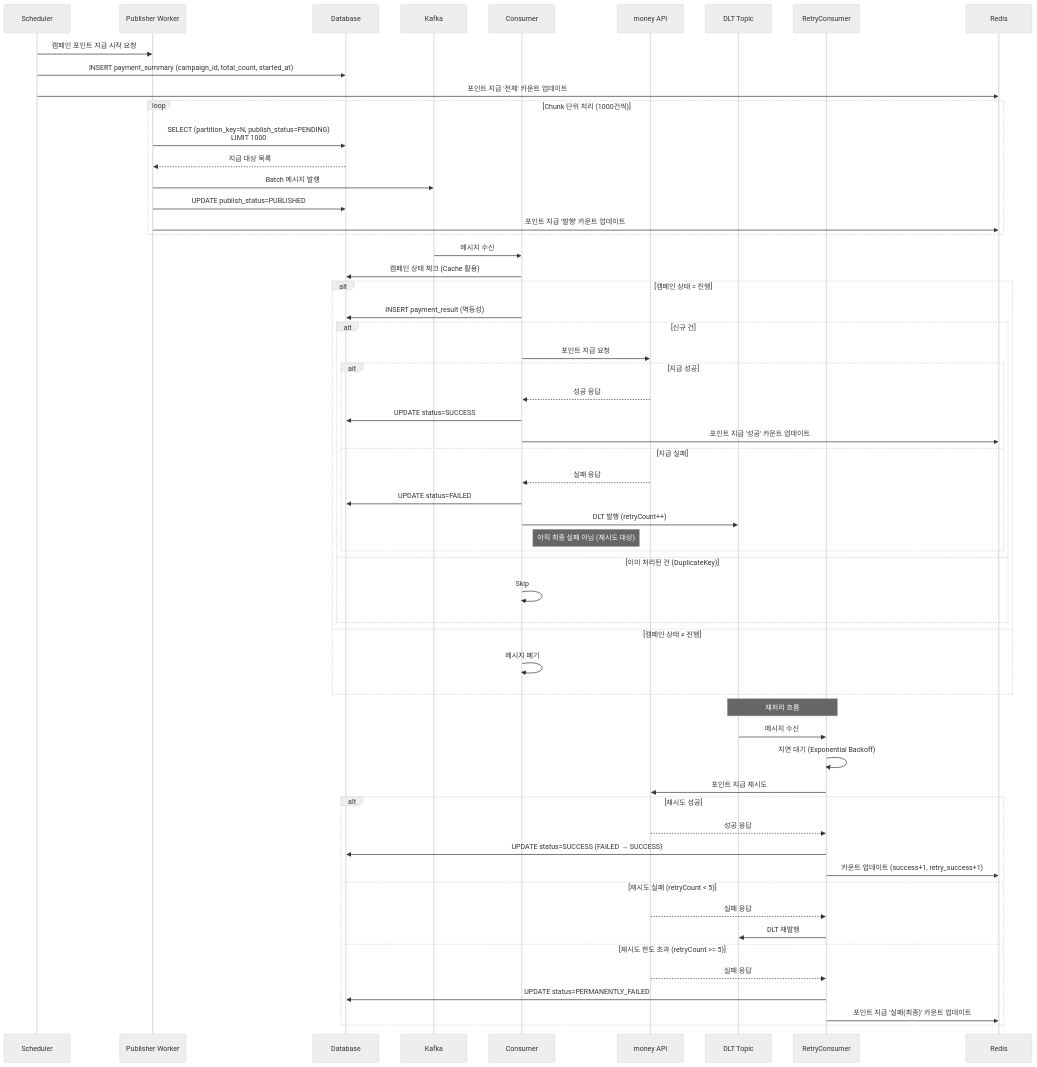
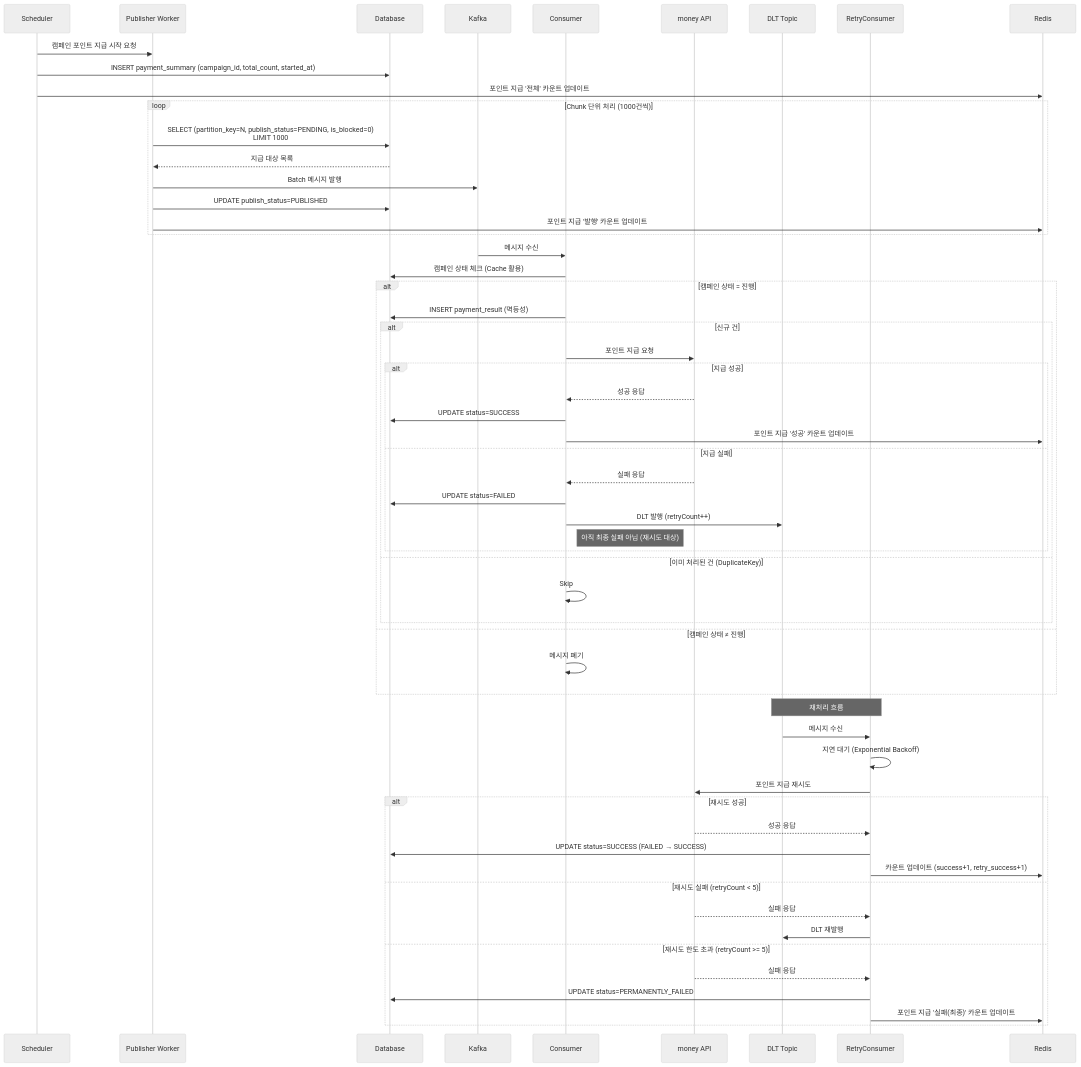
One commit to JiYoonKimjimmy/obsidian-vault changed the second of 8 diagrams in 1. Project/2026_MP_대량 포인트 지급 시스템/02_Architecture.md. Above: the diagram before and after it, drawn with Mermaid (neutral theme). The commit also changed other lines of this file and 1 other file, not shown here.

````diff
--- a/1. Project/2026_MP_대량 포인트 지급 시스템/02_Architecture.md
+++ b/1. Project/2026_MP_대량 포인트 지급 시스템/02_Architecture.md
@@ -112,65 +112,65 @@
 ```mermaid
 sequenceDiagram
     participant S as Scheduler
     participant P as Publisher Worker
     participant DB as Database
     participant K as Kafka
     participant C as Consumer
     participant M as money API
     participant DLT as DLT Topic
     participant RC as RetryConsumer
     participant R as Redis
 
     S->>P: 캠페인 포인트 지급 시작 요청
     S->>DB: INSERT payment_summary (campaign_id, total_count, started_at)
     S->>R: 포인트 지급 '전체' 카운트 업데이트
     
     loop Chunk 단위 처리 (1000건씩)
-        P->>DB: SELECT (partition_key=N, publish_status=PENDING)<br/>LIMIT 1000
+        P->>DB: SELECT (partition_key=N, publish_status=PENDING, is_blocked=0)<br/>LIMIT 1000
         DB-->>P: 지급 대상 목록
         P->>K: Batch 메시지 발행
         P->>DB: UPDATE publish_status=PUBLISHED
         P->>R: 포인트 지급 '발행' 카운트 업데이트
     end
     
     K->>C: 메시지 수신
     C->>DB: 캠페인 상태 체크 (Cache 활용)
     
     alt 캠페인 상태 = 진행
         C->>DB: INSERT payment_result (멱등성)
         alt 신규 건
             C->>M: 포인트 지급 요청
             alt 지급 성공
                 M-->>C: 성공 응답
                 C->>DB: UPDATE status=SUCCESS
                 C->>R: 포인트 지급 '성공' 카운트 업데이트
             else 지급 실패
                 M-->>C: 실패 응답
                 C->>DB: UPDATE status=FAILED
                 C->>DLT: DLT 발행 (retryCount++)
                 Note right of C: 아직 최종 실패 아님 (재시도 대상)
             end
         else 이미 처리된 건 (DuplicateKey)
             C->>C: Skip
         end
     else 캠페인 상태 ≠ 진행
         C->>C: 메시지 폐기
     end
     
     Note over DLT,RC: 재처리 흐름
     DLT->>RC: 메시지 수신
     RC->>RC: 지연 대기 (Exponential Backoff)
     RC->>M: 포인트 지급 재시도
     alt 재시도 성공
         M-->>RC: 성공 응답
         RC->>DB: UPDATE status=SUCCESS (FAILED → SUCCESS)
         RC->>R: 카운트 업데이트 (success+1, retry_success+1)
     else 재시도 실패 (retryCount < 5)
         M-->>RC: 실패 응답
         RC->>DLT: DLT 재발행
     else 재시도 한도 초과 (retryCount >= 5)
         M-->>RC: 실패 응답
         RC->>DB: UPDATE status=PERMANENTLY_FAILED
         RC->>R: 포인트 지급 '실패(최종)' 카운트 업데이트
     end
 ```
````
